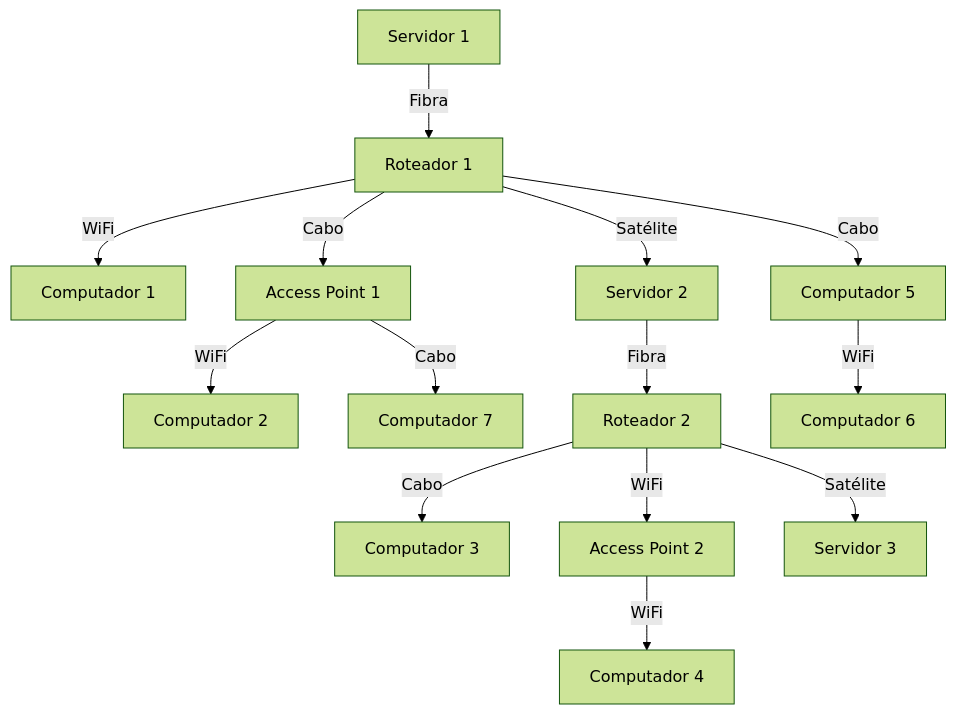
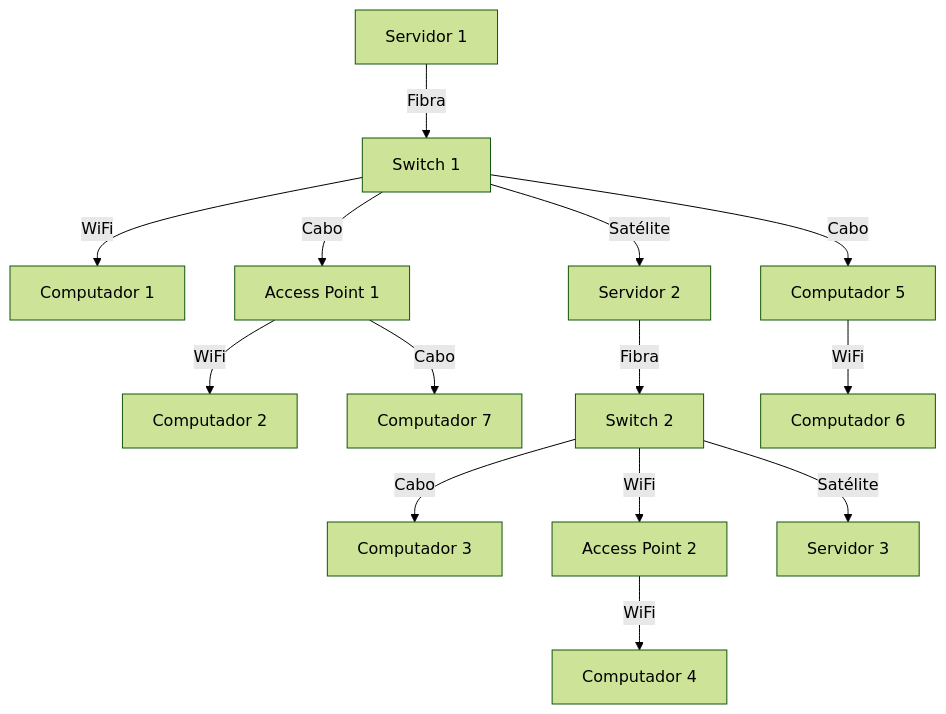
Before and after one commit to jdalmeida/redes_pc_pjfinal: the diagram in README.md, drawn with Mermaid (forest theme). The commit also changed other lines of this file, not shown here.

Commit message:
docs: update device types in README and adjust mermaid diagram accordingly

````diff
--- a/README.md
+++ b/README.md
@@ -18,16 +18,16 @@
 ```mermaid
 graph TD
-    A[Servidor 1] -- Fibra --> B[Roteador 1]
+    A[Servidor 1] -- Fibra --> B[Switch 1]
     B -- WiFi --> C[Computador 1]
     B -- Cabo --> D[Access Point 1]
     D -- WiFi --> E[Computador 2]
     B -- Satélite --> F[Servidor 2]
-    F -- Fibra --> G[Roteador 2]
+    F -- Fibra --> G[Switch 2]
     G -- Cabo --> H[Computador 3]
     G -- WiFi --> I[Access Point 2]
     I -- WiFi --> J[Computador 4]
     G -- Satélite --> K[Servidor 3]
     B -- Cabo --> L[Computador 5]
     L -- WiFi --> M[Computador 6]
     D -- Cabo --> N[Computador 7]
 ```
````
